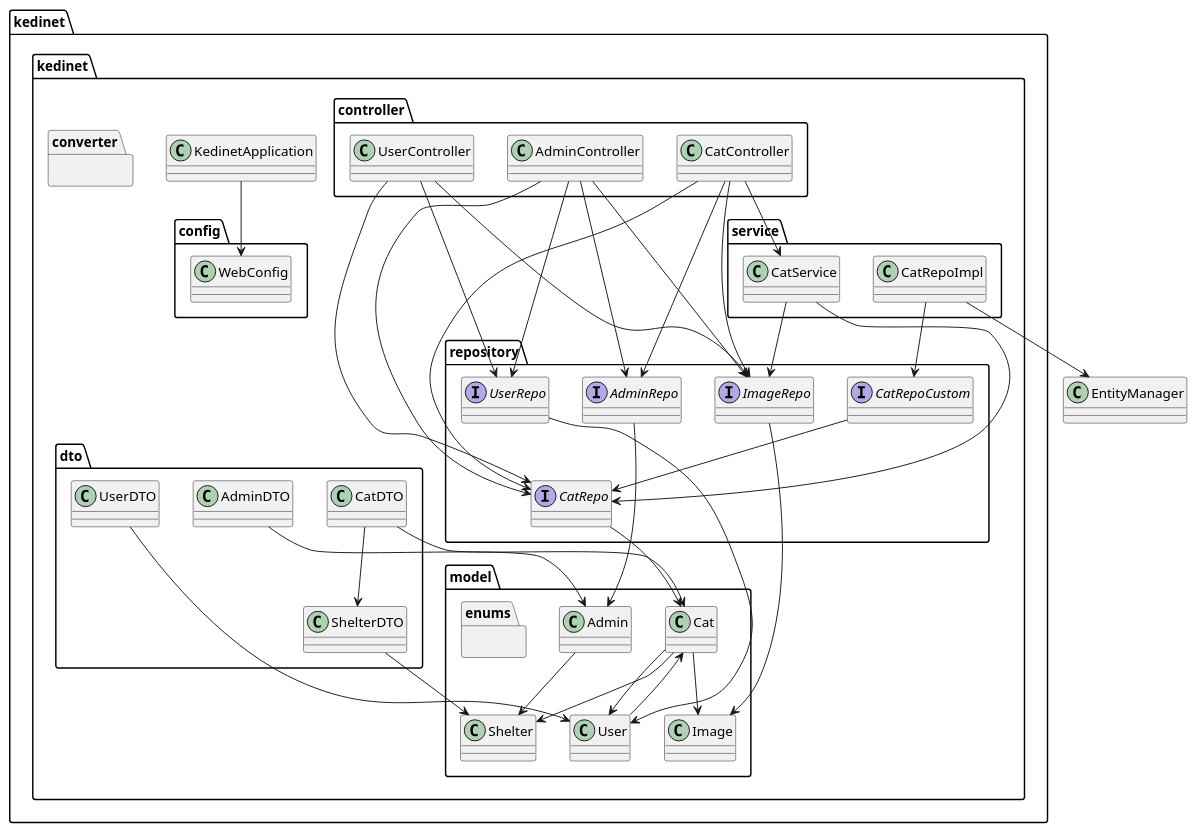
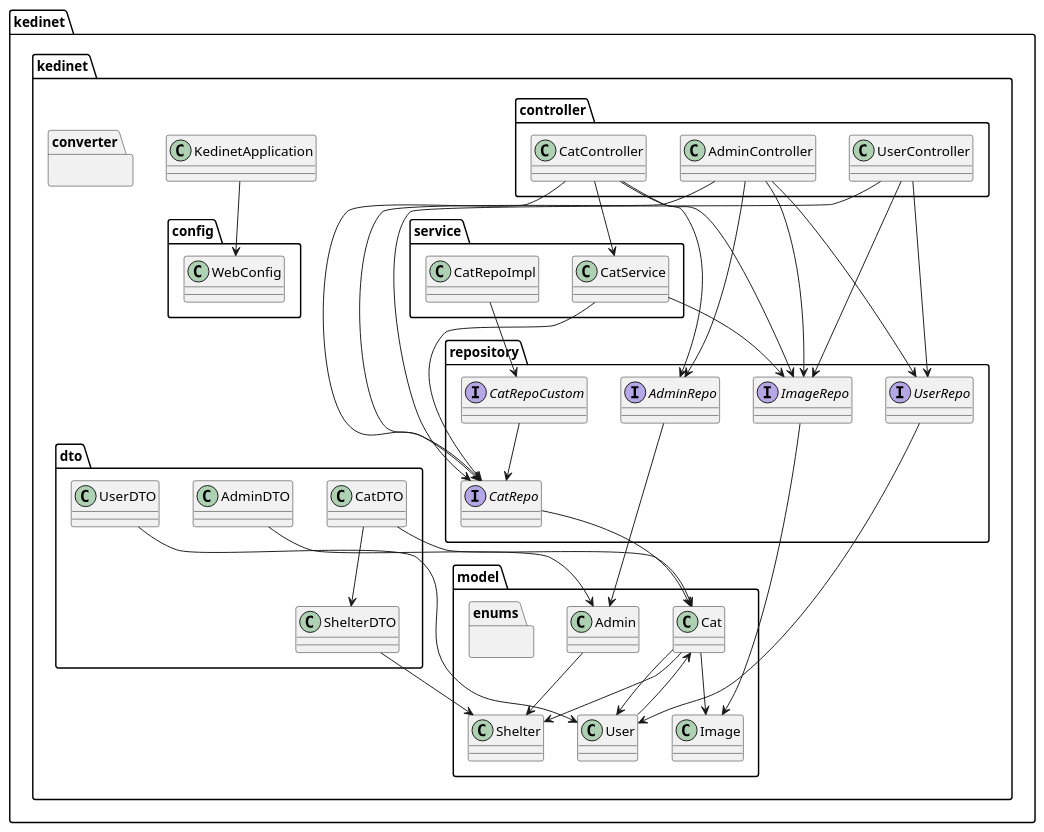
Before and after one commit to lenalarissa/kedinet: the diagram in diagrams/MoreCoarseGrainedClassDiagram.puml, drawn with PlantUML. The commit also changed 12 other files, not shown here.

Commit message:
diagramns added

```diff
--- a/diagrams/MoreCoarseGrainedClassDiagram.puml
+++ b/diagrams/MoreCoarseGrainedClassDiagram.puml
@@ -1,89 +1,88 @@
 @startuml
 package kedinet.kedinet {
     class KedinetApplication
 }
 
 package kedinet.kedinet.config {
     class WebConfig
 }
 
 package kedinet.kedinet.controller {
     class AdminController
     class CatController
     class UserController
 }
 
 package kedinet.kedinet.converter {
 }
 
 package kedinet.kedinet.dto {
     class AdminDTO
     class CatDTO
     class ShelterDTO
     class UserDTO
 }
 
 package kedinet.kedinet.model {
     class Admin
     class Cat
     class Image
     class Shelter
     class User
 }
 
 package kedinet.kedinet.model.enums {
 }
 
 package kedinet.kedinet.repository {
     interface AdminRepo
     interface CatRepo
     interface CatRepoCustom
     interface ImageRepo
     interface UserRepo
 }
 
 package kedinet.kedinet.service {
     class CatRepoImpl
     class CatService
 }
 
 KedinetApplication --> WebConfig
 
 AdminController --> AdminRepo
 AdminController --> CatRepo
 AdminController --> ImageRepo
 AdminController --> UserRepo
 
 CatController --> CatService
 CatController --> CatRepo
 CatController --> ImageRepo
 CatController --> AdminRepo
 
 UserController --> UserRepo
 UserController --> CatRepo
 UserController --> ImageRepo
 
-CatRepoImpl --> EntityManager
 CatService --> CatRepo
 CatService --> ImageRepo
 
 Admin --> Shelter
 Cat --> Shelter
 Cat --> Image
 Cat --> User
 User --> Cat
 
 AdminRepo --> Admin
 CatRepo --> Cat
 CatRepoCustom --> CatRepo
 ImageRepo --> Image
 UserRepo --> User
 CatRepoImpl --> CatRepoCustom
 
 AdminDTO --> Admin
 CatDTO --> Cat
 CatDTO --> ShelterDTO
 ShelterDTO --> Shelter
 UserDTO --> User
 
 @enduml
```
